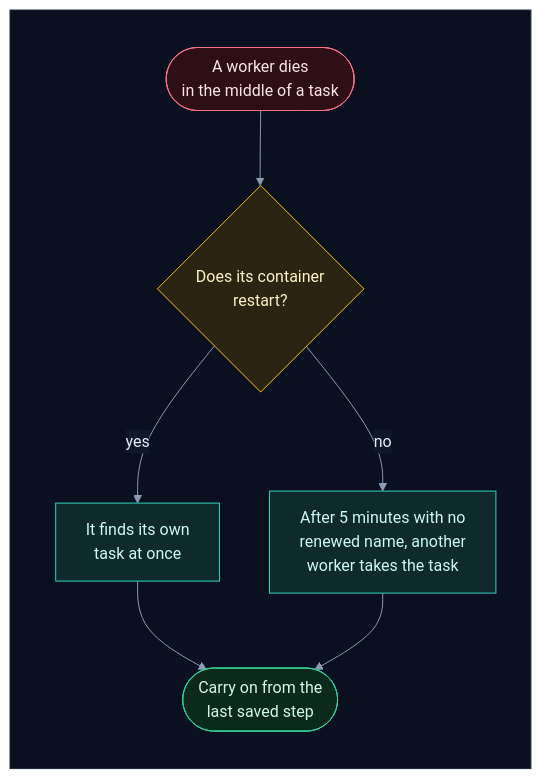
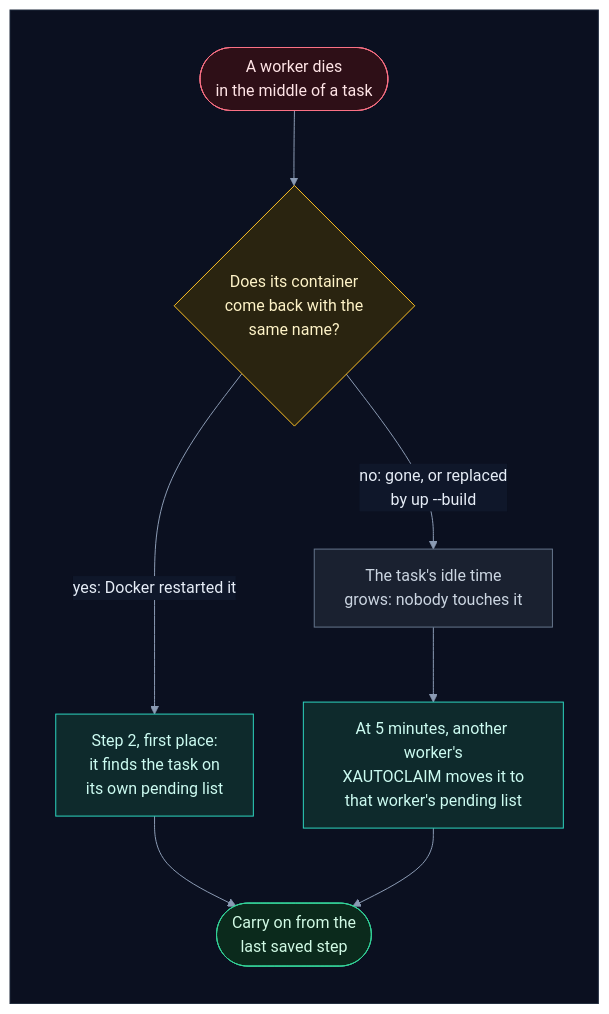
Before and after one commit to selvakumarperumal/Regulatory_Circular_Impact_Agent: diagram 25 of 43 in backend/worker/INTERNALS.md, drawn with Mermaid. The commit also changed other lines of this file and 2 other files, not shown here.

````diff
--- a/backend/worker/INTERNALS.md
+++ b/backend/worker/INTERNALS.md
@@ -1057,27 +1393,29 @@
 ```mermaid
 %%{init: {"theme": "base", "flowchart": {"diagramPadding": 0}, "themeVariables": {"darkMode": true, "primaryColor": "#16213a", "primaryTextColor": "#e6edf7", "primaryBorderColor": "#475a7a", "lineColor": "#8b9bb4", "secondaryColor": "#1b2436", "tertiaryColor": "#101a2e", "edgeLabelBackground": "#0f172a", "textColor": "#e2e8f0", "clusterBkg": "#0f1728", "clusterBorder": "#2b3a55", "titleColor": "#c4b5fd", "nodeTextColor": "#e6edf7"}}}%%
 flowchart TD
     subgraph canvas[" "]
         direction TB
-        d(["A worker dies<br/>in the middle of a task"]) --> q{"Does its container<br/>restart?"}
-        q -->|"yes"| s["It finds its own<br/>task at once"]
-        q -->|"no"| o["After 5 minutes with no<br/>renewed name, another<br/>worker takes the task"]
+        d(["A worker dies<br/>in the middle of a task"]) --> q{"Does its container<br/>come back with the<br/>same name?"}
+        q -->|"yes: Docker restarted it"| s["Step 2, first place:<br/>it finds the task on<br/>its own pending list"]
+        q -->|"no: gone, or replaced<br/>by up --build"| i["The task's idle time<br/>grows: nobody touches it"]
+        i --> o["At 5 minutes, another worker's<br/>XAUTOCLAIM moves it to<br/>that worker's pending list"]
         s --> c(["Carry on from the<br/>last saved step"])
         o --> c
     end
     classDef svc fill:#0e2a2c,stroke:#2dd4bf,color:#ccfbf1
     classDef data fill:#1c1a47,stroke:#818cf8,color:#e0e7ff
     classDef ext fill:#2a1640,stroke:#c084fc,color:#f3e8ff
     classDef gpu fill:#2d1b0c,stroke:#fb923c,color:#ffedd5
     classDef ask fill:#2a2410,stroke:#fbbf24,color:#fef3c7
     classDef ok fill:#0b2a1c,stroke:#34d399,color:#d1fae5
     classDef bad fill:#2e0f17,stroke:#fb7185,color:#ffe4e6
     classDef start fill:#1c2a0e,stroke:#a7ef6f,color:#ecfccb
     classDef muted fill:#1a2130,stroke:#64748b,color:#cbd5e1
     classDef queue fill:#0c2231,stroke:#38bdf8,color:#e0f2fe
     class d bad
     class q ask
     class s,o svc
+    class i muted
     class c ok
     style canvas fill:#0b1020,stroke:#1e293b,color:#0b1020
 ```
````
